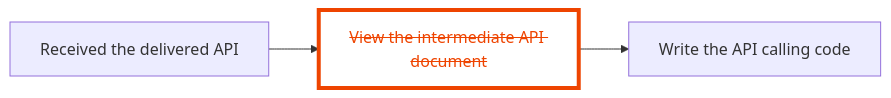
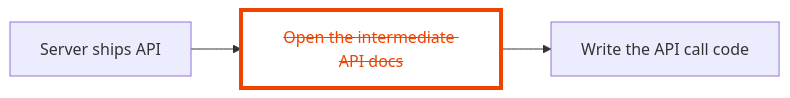
The second of 2 diagrams in docs/tutorial/02-getting-started/01-introduce.md (alovajs/alovajs.github.io), drawn with Mermaid before and after one commit. The commit also changed other lines of this file and 170 other files, not shown here.

````diff
--- a/docs/tutorial/02-getting-started/01-introduce.md
+++ b/docs/tutorial/02-getting-started/01-introduce.md
@@ -415,7 +66,7 @@
 ```mermaid
 flowchart LR
-A[Received the delivered API] --> B[<s>View the intermediate API document</s>] --> C[Write the API calling code]
+A[Server ships API] --> B[<s>Open the intermediate API docs</s>] --> C[Write the API call code]
 
 class B redNode;
 classDef redNode fill:transparent,stroke:#ee4400,color:#ee4400,stroke-width:4px;
 ```
````
